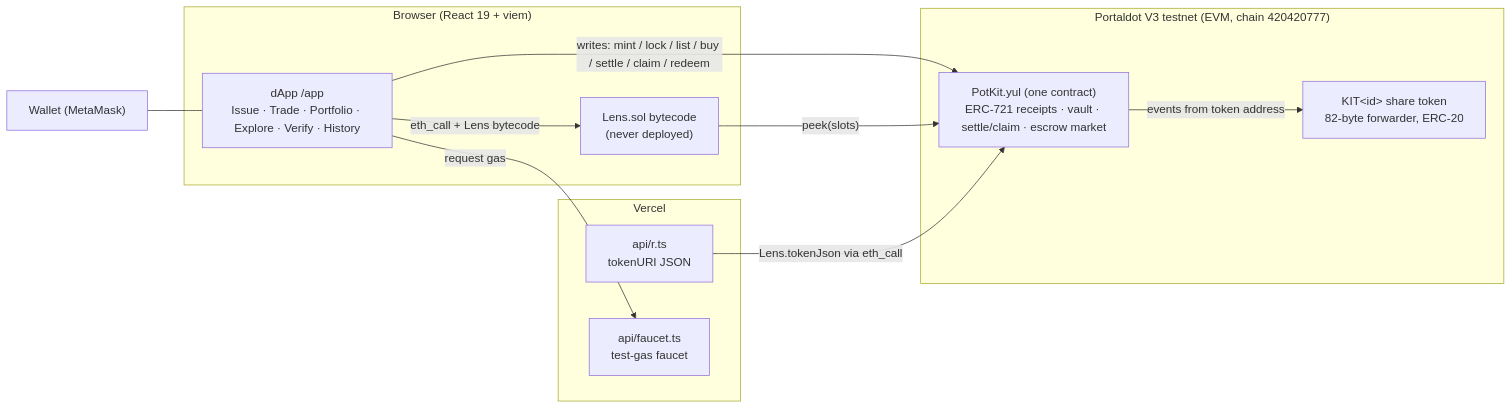
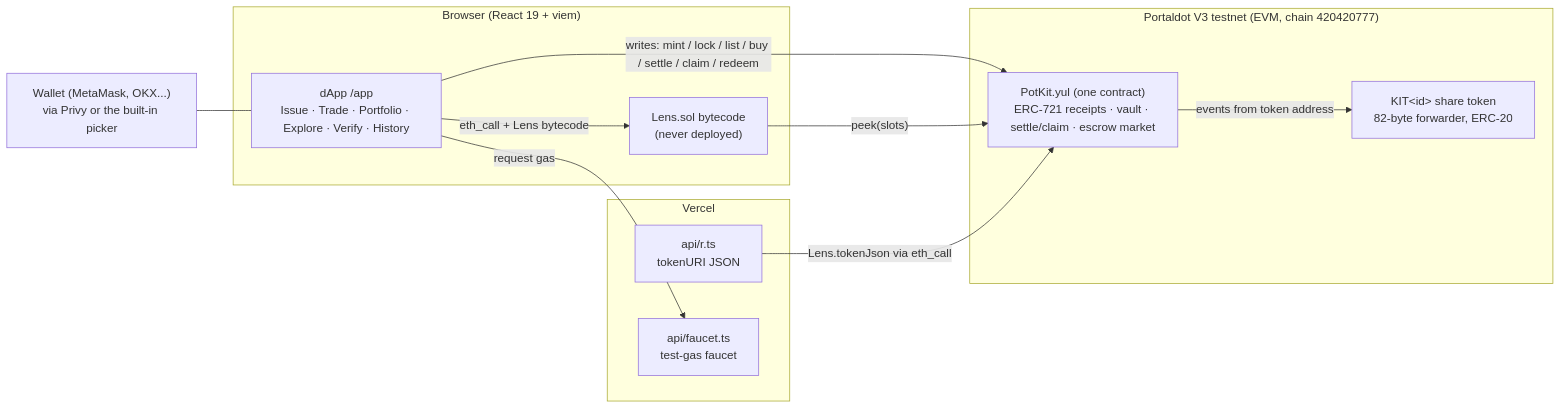
Before and after one commit to itsjusttu/potkit-portaldot: the first of 2 diagrams in submission/DORAHACKS.md, drawn with Mermaid. The commit also changed other lines of this file and 1 other file, not shown here.

Commit message:
Docs: DoraHacks text and README list Privy (optional wallet connect) and its Stripe build dependency, the light/dark themes and Verify quick picks; tech stack no longer mentions the removed intro or lenis

````diff
--- a/submission/DORAHACKS.md
+++ b/submission/DORAHACKS.md
@@ -38,22 +38,22 @@
 ```mermaid
 flowchart LR
   subgraph Browser["Browser (React 19 + viem)"]
     UI["dApp /app<br/>Issue · Trade · Portfolio · Explore · Verify · History"]
     LENS["Lens.sol bytecode<br/>(never deployed)"]
   end
   subgraph Vercel["Vercel"]
     META["api/r.ts<br/>tokenURI JSON"]
     FAUCET["api/faucet.ts<br/>test-gas faucet"]
   end
   subgraph Chain["Portaldot V3 testnet (EVM, chain 420420777)"]
     KIT["PotKit.yul (one contract)<br/>ERC-721 receipts · vault · settle/claim · escrow market"]
     SHARE["KIT&lt;id&gt; share token<br/>82-byte forwarder, ERC-20"]
   end
   UI -- "writes: mint / lock / list / buy / settle / claim / redeem" --> KIT
   UI -- "eth_call + Lens bytecode" --> LENS
   LENS -- "peek(slots)" --> KIT
   KIT -- "events from token address" --> SHARE
   META -- "Lens.tokenJson via eth_call" --> KIT
   UI -- "request gas" --> FAUCET
-  WALLET["Wallet (MetaMask)"] --- UI
+  WALLET["Wallet (MetaMask, OKX...)<br/>via Privy or the built-in picker"] --- UI
 ```
````
